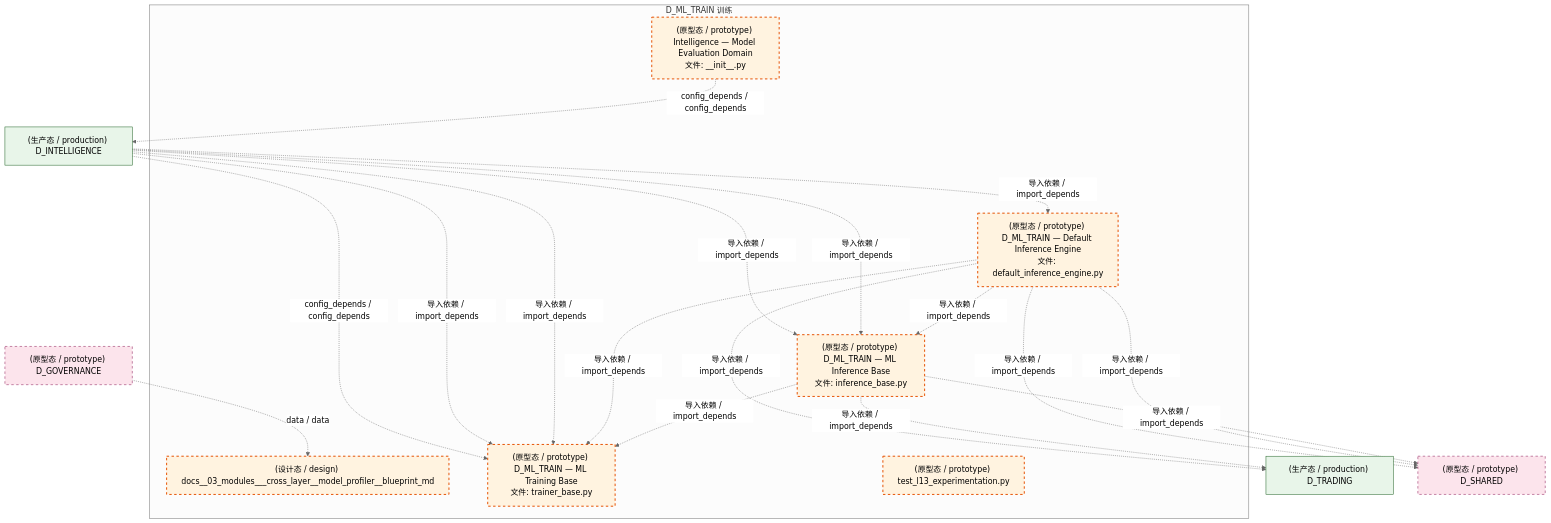
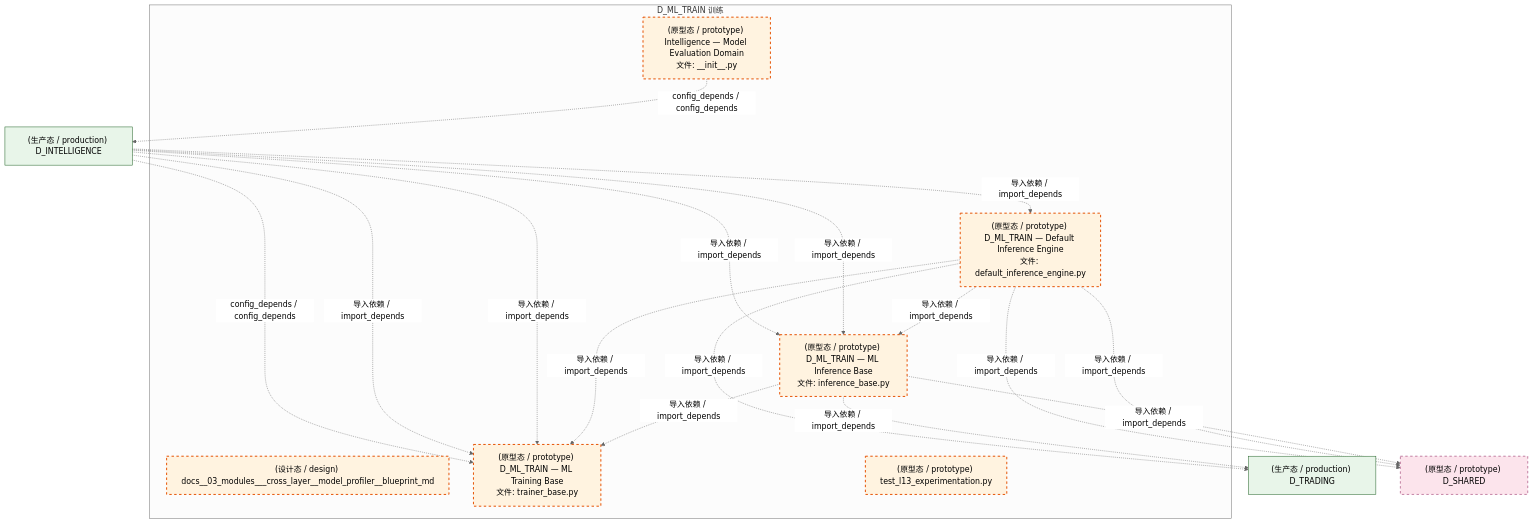
Before and after one commit to xuanFelixVan/ZephyrAlpha: the first of 4 diagrams in docs/02_enterprise_architecture/02_domain_architecture_docs/50_d_ml_train.md, drawn with Mermaid (neutral theme). The commit also changed other lines of this file and 126 other files, not shown here.

````diff
--- a/docs/02_enterprise_architecture/02_domain_architecture_docs/50_d_ml_train.md
+++ b/docs/02_enterprise_architecture/02_domain_architecture_docs/50_d_ml_train.md
@@ -74,38 +74,36 @@
 ```mermaid
 graph TD
     subgraph D_ML_TRAIN["D_ML_TRAIN 训练"]
         docs_03_modules_cross_layer_model_profiler_blueprint_md["(设计态 / design) docs__03_modules___cross_layer__model_profiler__blueprint_md"]
         src_zephyr_intelligence_model_evaluation_init_py["(原型态 / prototype) Intelligence — Model Evaluation Domain<br/>文件: __init__.py"]
         src_zephyr_ml_train_implementations_default_inference_engine_py["(原型态 / prototype) D_ML_TRAIN — Default Inference Engine<br/>文件: default_inference_engine.py"]
         src_zephyr_ml_train_inference_base_py["(原型态 / prototype) D_ML_TRAIN — ML Inference Base<br/>文件: inference_base.py"]
         src_zephyr_ml_train_trainer_base_py["(原型态 / prototype) D_ML_TRAIN — ML Training Base<br/>文件: trainer_base.py"]
         tests_ml_experiment_test_l13_experimentation_py["(原型态 / prototype) test_l13_experimentation.py"]
     end
     src_zephyr_ml_train_inference_base_py -.->|导入依赖 / import_depends| src_zephyr_ml_train_trainer_base_py
     src_zephyr_ml_train_implementations_default_inference_engine_py -.->|导入依赖 / import_depends| src_zephyr_ml_train_trainer_base_py
     src_zephyr_ml_train_implementations_default_inference_engine_py -.->|导入依赖 / import_depends| src_zephyr_ml_train_inference_base_py
     D_INTELLIGENCE["(生产态 / production) D_INTELLIGENCE"]
     src_zephyr_intelligence_model_evaluation_init_py -.->|config_depends / config_depends| D_INTELLIGENCE
     D_TRADING["(生产态 / production) D_TRADING"]
     src_zephyr_ml_train_inference_base_py -.->|导入依赖 / import_depends| D_TRADING
     D_SHARED["(原型态 / prototype) D_SHARED"]
     src_zephyr_ml_train_inference_base_py -.->|导入依赖 / import_depends| D_SHARED
     src_zephyr_ml_train_implementations_default_inference_engine_py -.->|导入依赖 / import_depends| D_SHARED
+    src_zephyr_ml_train_implementations_default_inference_engine_py -.->|导入依赖 / import_depends| D_TRADING
     src_zephyr_ml_train_implementations_default_inference_engine_py -.->|导入依赖 / import_depends| D_SHARED
-    src_zephyr_ml_train_implementations_default_inference_engine_py -.->|导入依赖 / import_depends| D_TRADING
-    D_INTELLIGENCE -.->|导入依赖 / import_depends| src_zephyr_ml_train_trainer_base_py
+    D_INTELLIGENCE -.->|导入依赖 / import_depends| src_zephyr_ml_train_inference_base_py
     D_INTELLIGENCE -.->|导入依赖 / import_depends| src_zephyr_ml_train_inference_base_py
     D_INTELLIGENCE -.->|导入依赖 / import_depends| src_zephyr_ml_train_implementations_default_inference_engine_py
-    D_INTELLIGENCE -.->|导入依赖 / import_depends| src_zephyr_ml_train_inference_base_py
+    D_INTELLIGENCE -.->|导入依赖 / import_depends| src_zephyr_ml_train_trainer_base_py
     D_INTELLIGENCE -.->|导入依赖 / import_depends| src_zephyr_ml_train_trainer_base_py
     D_INTELLIGENCE -.->|config_depends / config_depends| src_zephyr_ml_train_trainer_base_py
-    D_GOVERNANCE["(原型态 / prototype) D_GOVERNANCE"]
-    D_GOVERNANCE -.->|data / data| docs_03_modules_cross_layer_model_profiler_blueprint_md
     classDef production fill:#e1f5fe,stroke:#01579b,stroke-width:2px,color:#000
     classDef design fill:#fff3e0,stroke:#e65100,stroke-width:2px,color:#000,stroke-dasharray: 5 5
     classDef external_prod fill:#e8f5e9,stroke:#1b5e20,stroke-width:1px,color:#000
     classDef external_design fill:#fce4ec,stroke:#880e4f,stroke-width:1px,color:#000,stroke-dasharray: 5 5
     class docs_03_modules_cross_layer_model_profiler_blueprint_md,src_zephyr_intelligence_model_evaluation_init_py,src_zephyr_ml_train_implementations_default_inference_engine_py,src_zephyr_ml_train_inference_base_py,src_zephyr_ml_train_trainer_base_py,tests_ml_experiment_test_l13_experimentation_py design
     class D_INTELLIGENCE,D_TRADING external_prod
-    class D_SHARED,D_GOVERNANCE external_design
+    class D_SHARED external_design
 ```
````
